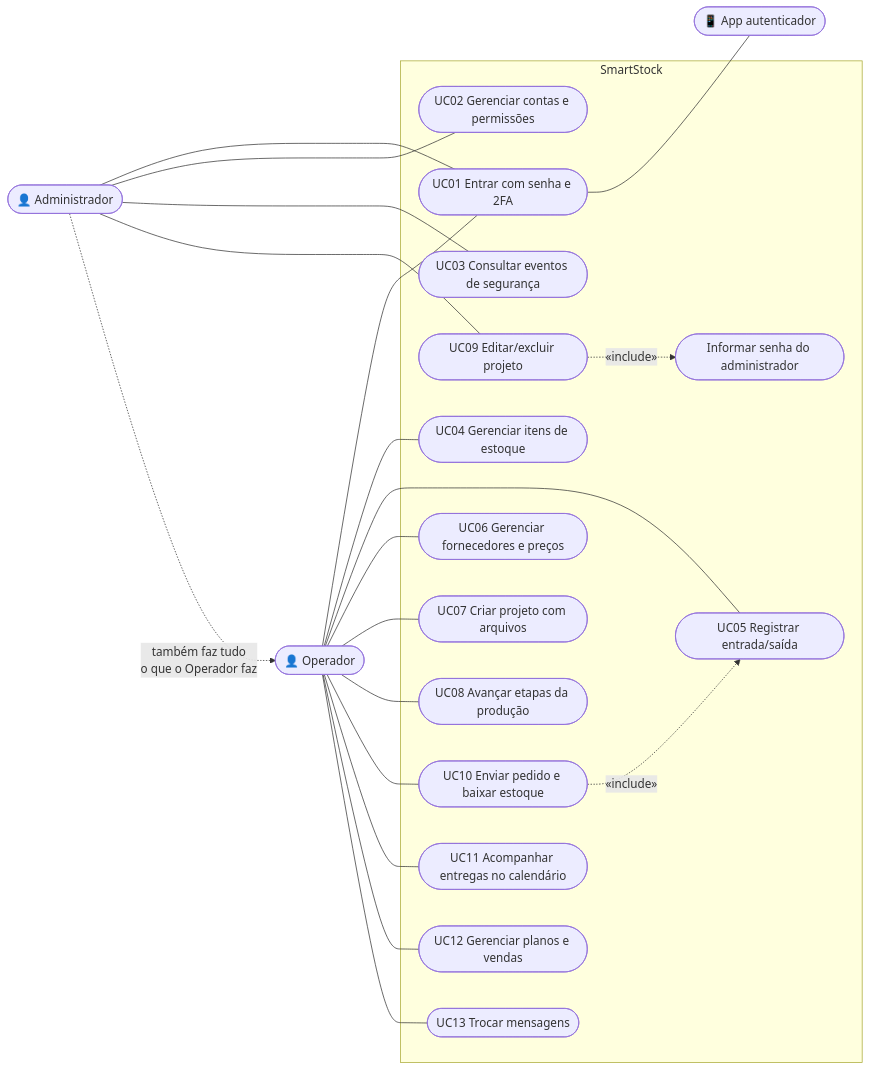
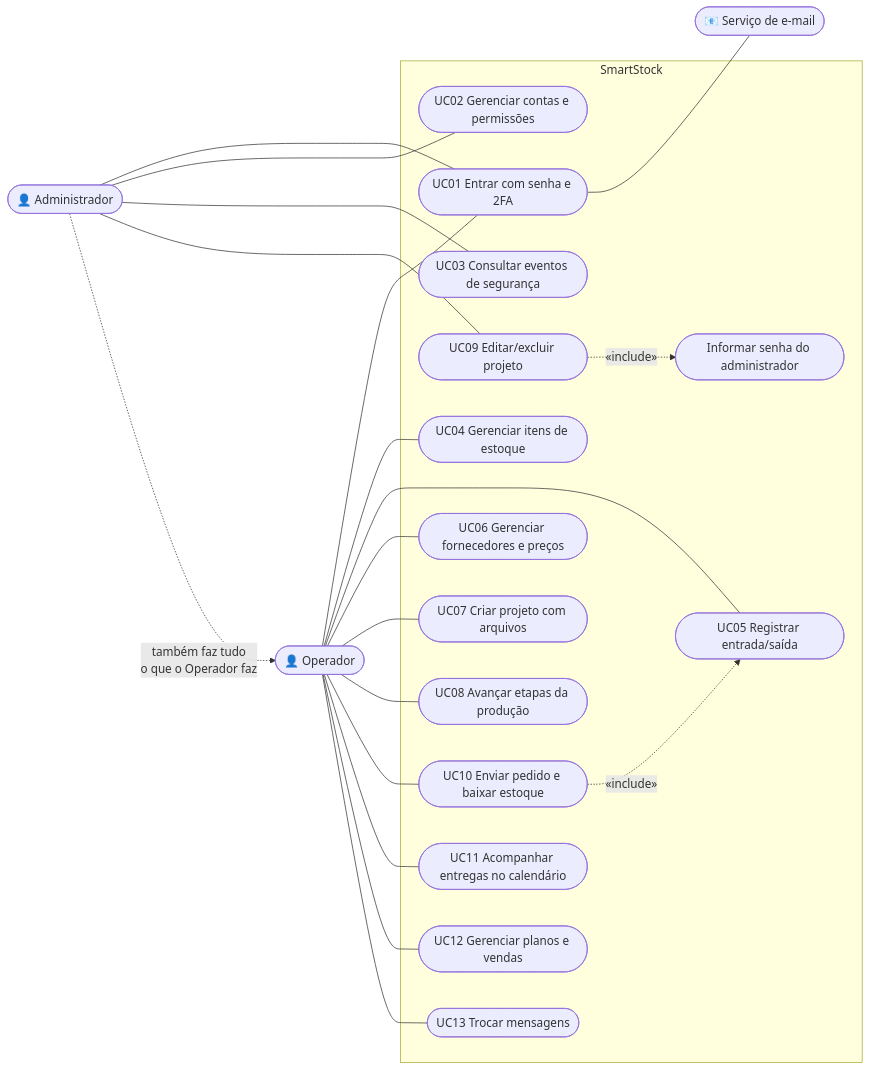
The diagram in docs/casos-de-uso.md (Roj10/SmartStock), drawn with Mermaid before and after one commit. The commit also changed other lines of this file and 26 other files, not shown here.

First line of the commit message:
2FA por e-mail no lugar do app autenticador

````diff
--- a/docs/casos-de-uso.md
+++ b/docs/casos-de-uso.md
@@ -14,30 +14,30 @@
 ```mermaid
 flowchart LR
     adm(["👤 Administrador"])
     op(["👤 Operador"])
-    app(["📱 App autenticador"])
+    app(["📧 Serviço de e-mail"])
 
     subgraph SmartStock
         uc1([UC01 Entrar com senha e 2FA])
         uc2([UC02 Gerenciar contas e permissões])
         uc3([UC03 Consultar eventos de segurança])
         uc4([UC04 Gerenciar itens de estoque])
         uc5([UC05 Registrar entrada/saída])
         uc6([UC06 Gerenciar fornecedores e preços])
         uc7([UC07 Criar projeto com arquivos])
         uc8([UC08 Avançar etapas da produção])
         uc9([UC09 Editar/excluir projeto])
         uc10([UC10 Enviar pedido e baixar estoque])
         uc11([UC11 Acompanhar entregas no calendário])
         uc12([UC12 Gerenciar planos e vendas])
         uc13([UC13 Trocar mensagens])
         uc14([Informar senha do administrador])
     end
 
     adm --- uc1 & uc2 & uc3 & uc9
     op --- uc1 & uc4 & uc5 & uc6 & uc7 & uc8 & uc10 & uc11 & uc12 & uc13
     adm -.->|"também faz tudo<br/>o que o Operador faz"| op
     uc1 --- app
     uc9 -. "«include»" .-> uc14
     uc10 -. "«include»" .-> uc5
 ```
````
